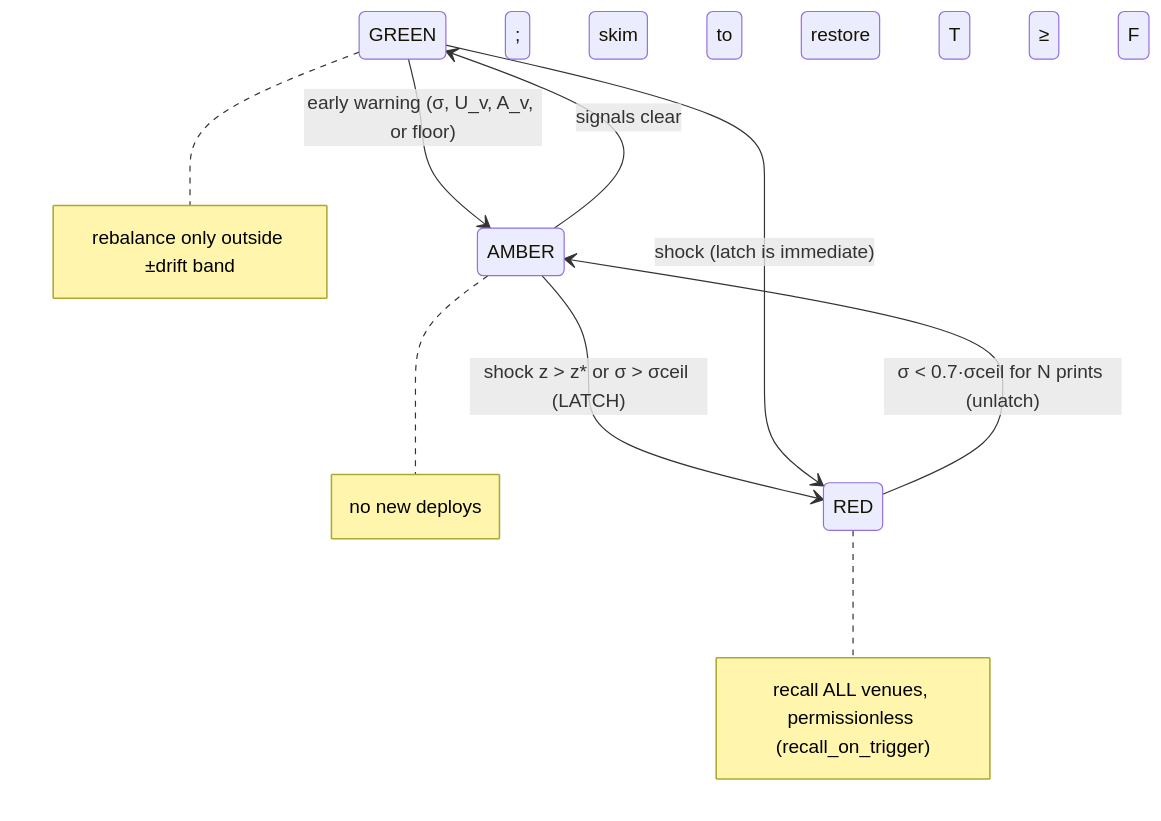
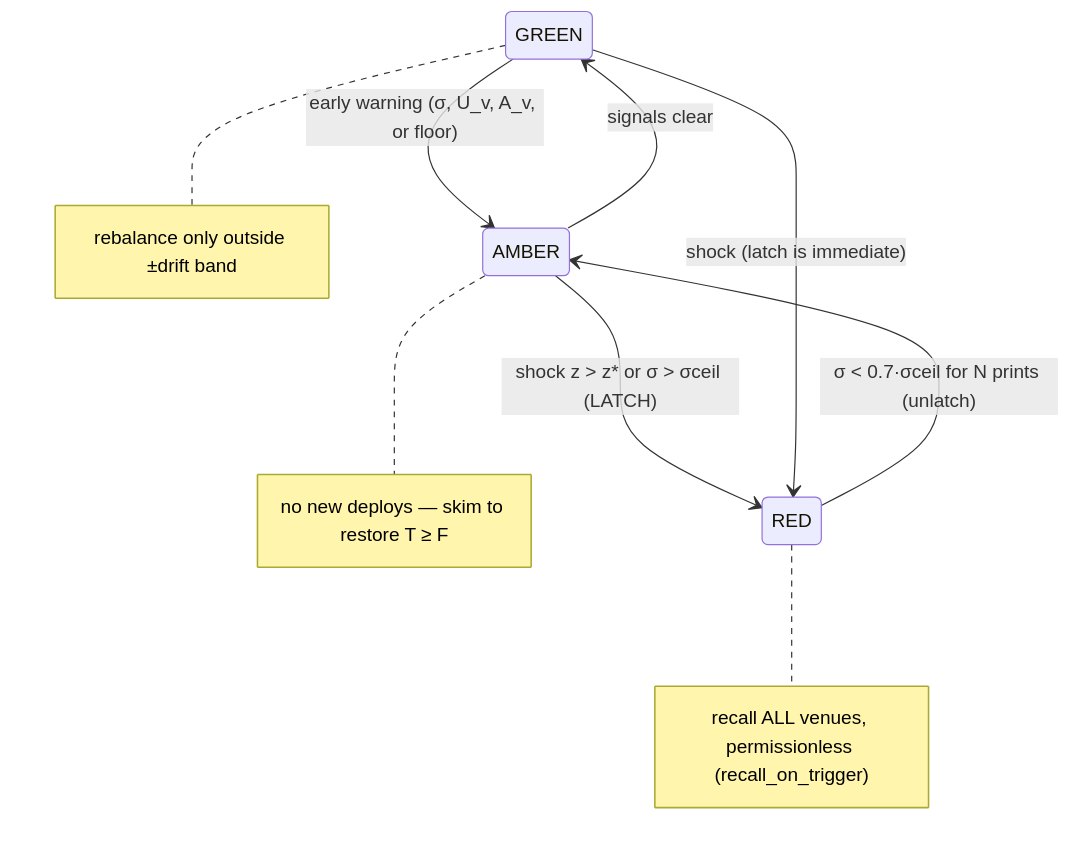
One commit to fullmetal-finance/fullmetal-sui-demo changed the second of 2 diagrams in RISK-RESPONSIVE-REHYPOTHECATION.md. Above: the diagram before and after it, drawn with Mermaid. The commit also changed other lines of this file and 11 other files, not shown here.

````diff
--- a/RISK-RESPONSIVE-REHYPOTHECATION.md
+++ b/RISK-RESPONSIVE-REHYPOTHECATION.md
@@ -307,11 +310,11 @@
 ```mermaid
 stateDiagram-v2
     GREEN --> AMBER: early warning (σ, U_v, A_v, or floor)
     AMBER --> RED: shock z > z* or σ > σceil (LATCH)
     GREEN --> RED: shock (latch is immediate)
     AMBER --> GREEN: signals clear
     RED --> AMBER: σ < 0.7·σceil for N prints (unlatch)
     note right of RED: recall ALL venues, permissionless (recall_on_trigger)
-    note right of AMBER: no new deploys; skim to restore T ≥ F
+    note right of AMBER: no new deploys — skim to restore T ≥ F
     note right of GREEN: rebalance only outside ±drift band
 ```
````
